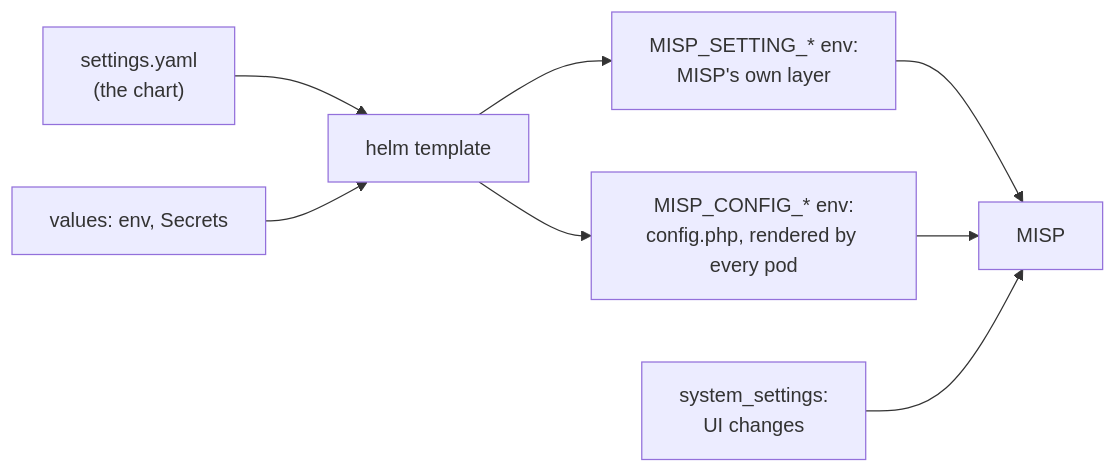
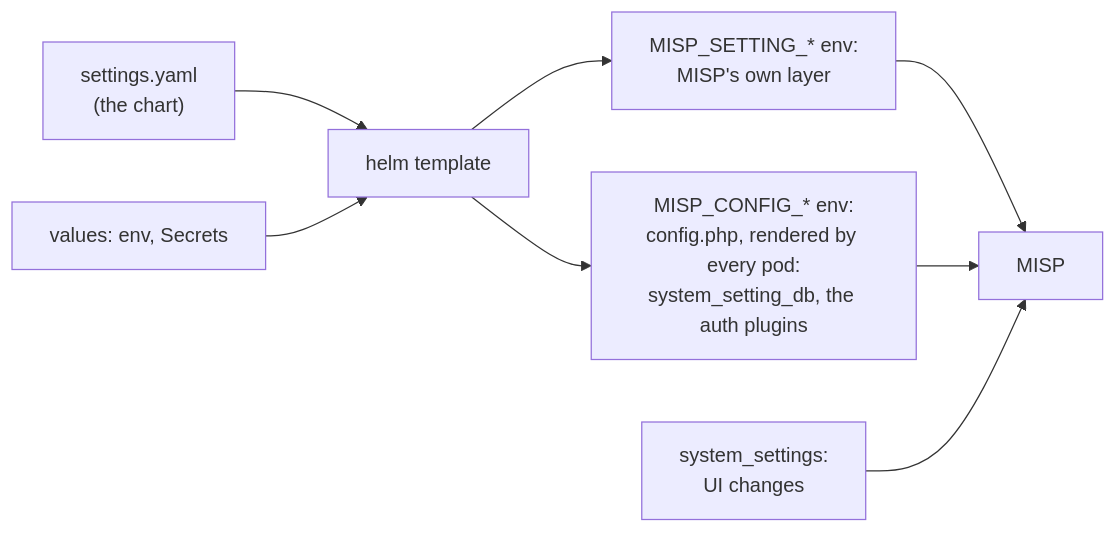
Before and after one commit to oivindoh/misp-container: the diagram in docs/configuration.md, drawn with Mermaid. The commit also changed other lines of this file and 24 other files, not shown here.

First line of the commit message:
settings reach MISP through its env layer alone, typed and checked: config.php keeps what MISP reads first, and the host org works

````diff
--- a/docs/configuration.md
+++ b/docs/configuration.md
@@ -16,10 +16,10 @@
 ```mermaid
 flowchart LR
     file["settings.yaml<br/>(the chart)"] --> chart["helm template"]
     env["values: env, Secrets"] --> chart
     chart --> layer["MISP_SETTING_* env:<br/>MISP's own layer"]
-    chart --> php["MISP_CONFIG_* env:<br/>config.php, rendered by every pod"]
+    chart --> php["MISP_CONFIG_* env:<br/>config.php, rendered by every pod:<br/>system_setting_db, the auth plugins"]
     layer --> misp["MISP"]
     php --> misp
     db["system_settings:<br/>UI changes"] --> misp
 ```
````
